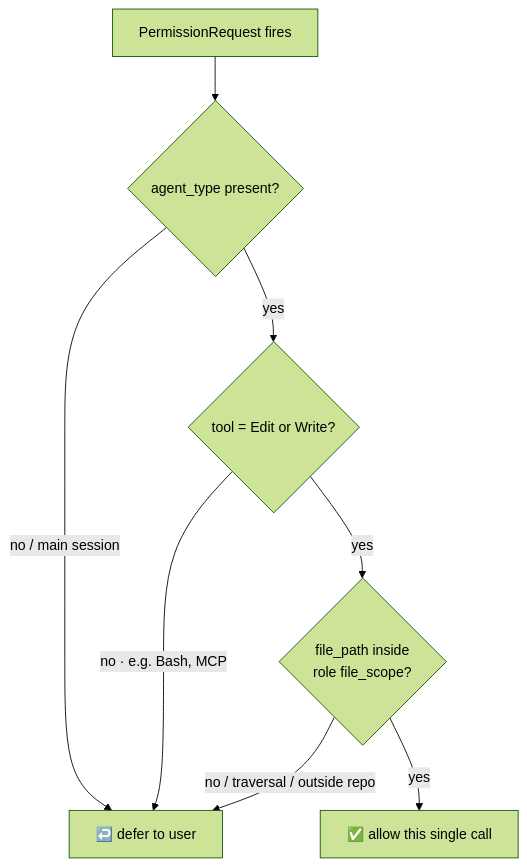
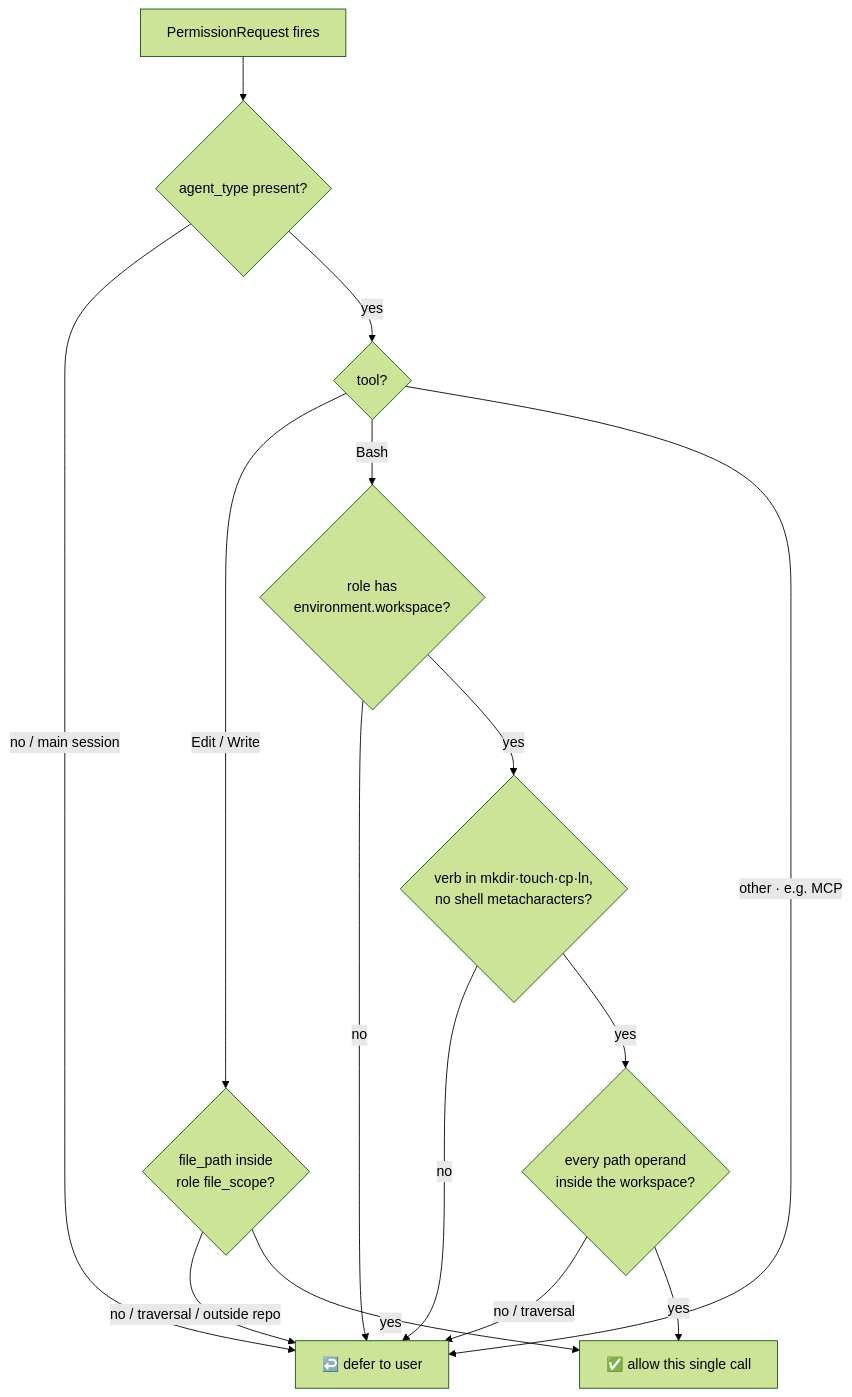
Before and after one commit to cheeky-amit/cheeky-squad-os: the third of 5 diagrams in README.md, drawn with Mermaid (forest theme). The commit also changed other lines of this file and 24 other files, not shown here.

````diff
--- a/README.md
+++ b/README.md
@@ -133,10 +141,17 @@
 ```mermaid
 flowchart TD
   A["PermissionRequest fires"] --> B{"agent_type present?"}
   B -- "no / main session" --> D["↩️ defer to user"]
-  B -- yes --> C{"tool = Edit or Write?"}
-  C -- "no · e.g. Bash, MCP" --> D
-  C -- yes --> E{"file_path inside<br/>role file_scope?"}
+  B -- yes --> C{"tool?"}
+  C -- "Edit / Write" --> E{"file_path inside<br/>role file_scope?"}
   E -- "no / traversal / outside repo" --> D
   E -- yes --> F["✅ allow this single call"]
+  C -- Bash --> G{"role has<br/>environment.workspace?"}
+  G -- no --> D
+  G -- yes --> H{"verb in mkdir·touch·cp·ln,<br/>no shell metacharacters?"}
+  H -- no --> D
+  H -- yes --> I{"every path operand<br/>inside the workspace?"}
+  I -- "no / traversal" --> D
+  I -- yes --> F
+  C -- "other · e.g. MCP" --> D
 ```
````
